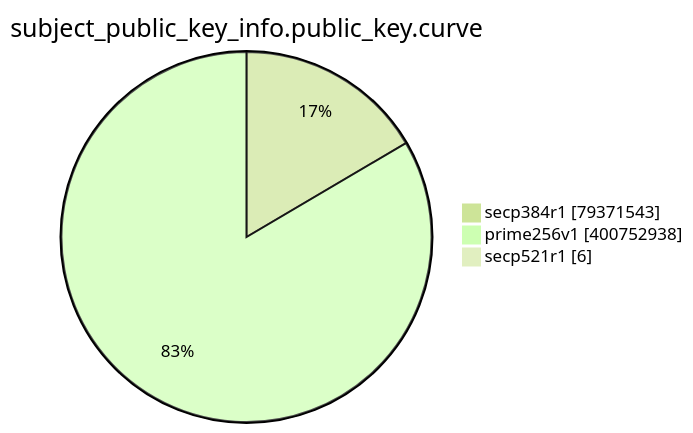
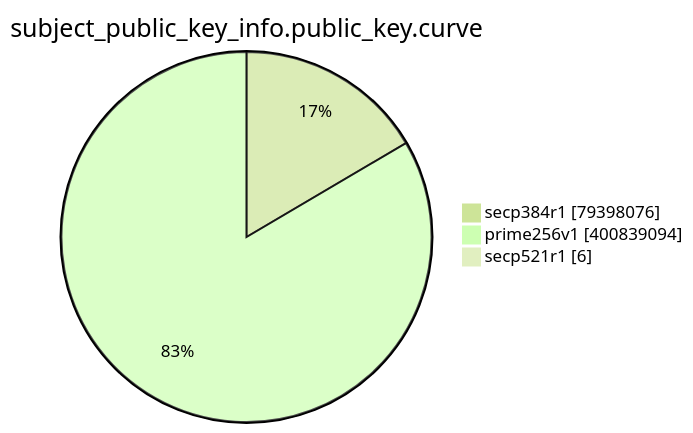
Before and after one commit to christiankrug/ctmonitor_visualization: the eighth of 15 diagrams in TOTAL/README.md, drawn with Mermaid (forest theme). The commit also changed other lines of this file, not shown here.

````diff
--- a/TOTAL/README.md
+++ b/TOTAL/README.md
@@ -3095,7 +3095,7 @@
 ```mermaid
 pie showData
 title subject_public_key_info.public_key.curve
-"secp384r1" :79371543
-"prime256v1" :400752938
+"secp384r1" :79398076
+"prime256v1" :400839094
 "secp521r1" :6
 ```
````
